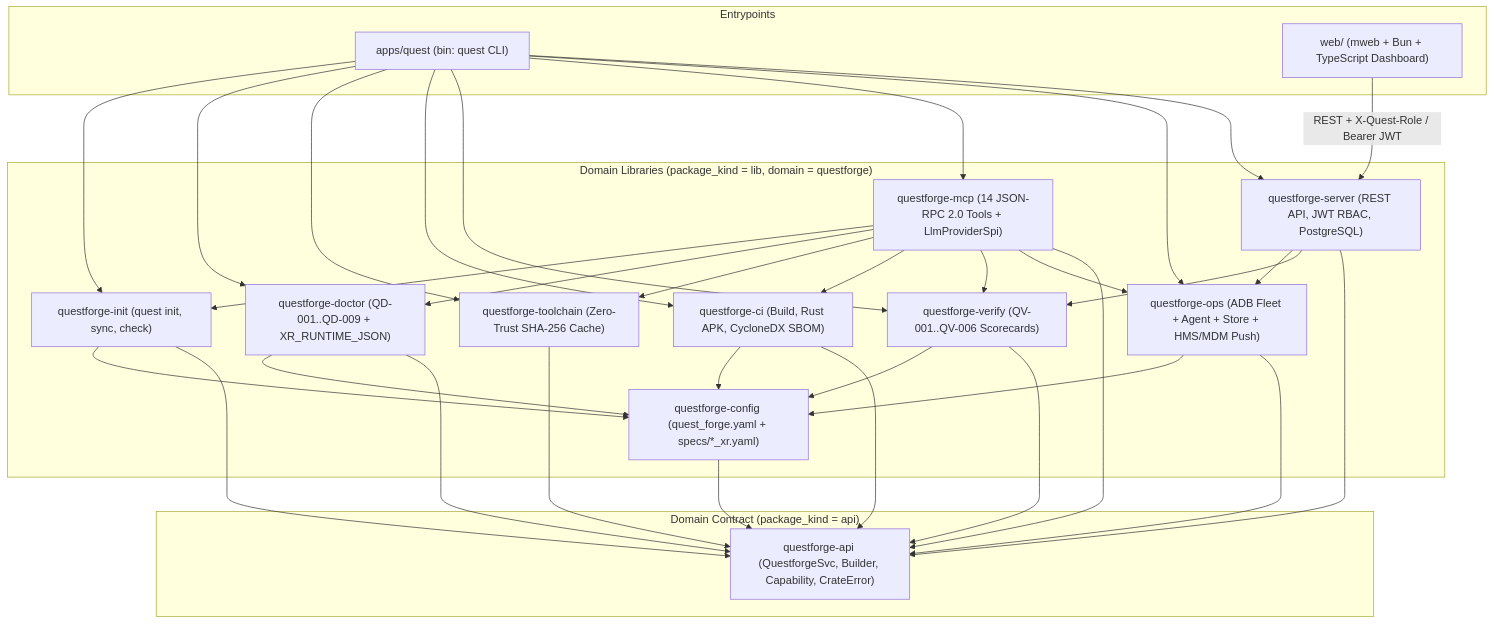
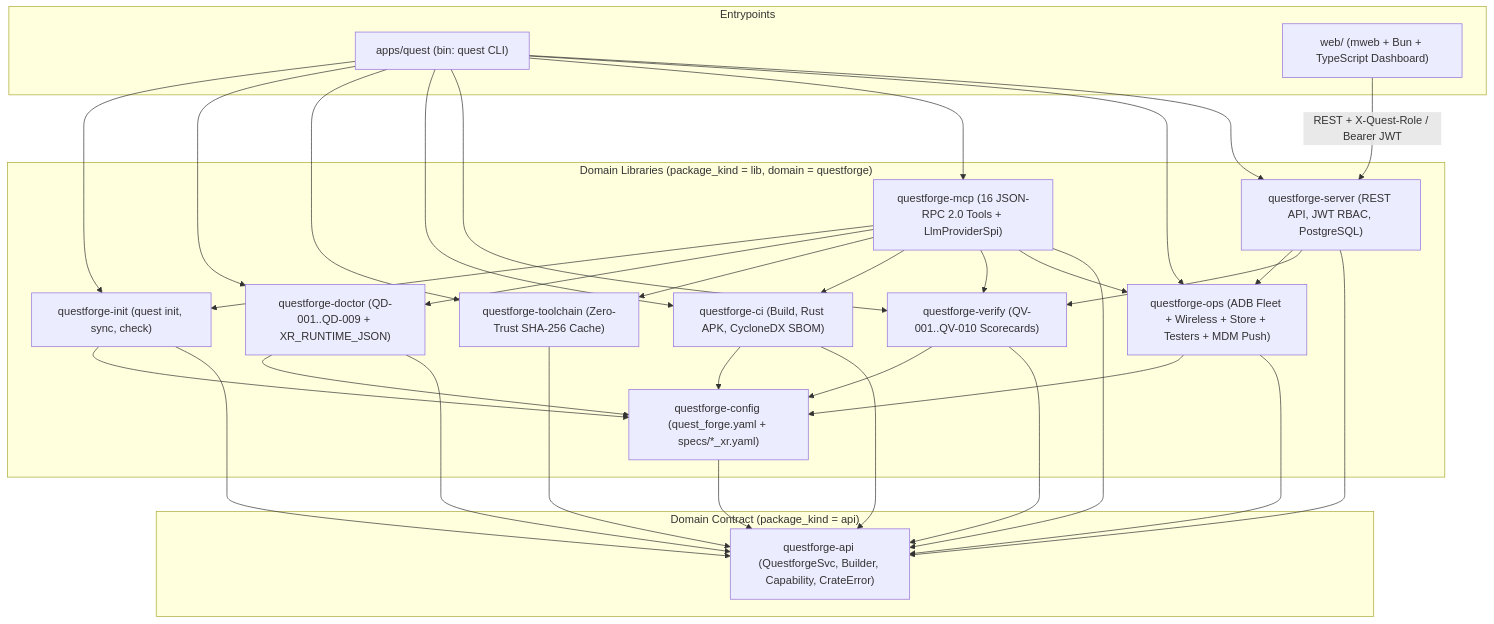
Before and after one commit to sweengineeringlabs/questforge: the first of 7 diagrams in docs/3-design/architecture.md, drawn with Mermaid. The commit also changed other lines of this file and 15 other files, not shown here.

Commit message:
docs: synchronize 16 MCP tools, QV-001..QV-010, QO-001..QO-013, and release lifecycle runbooks

````diff
--- a/docs/3-design/architecture.md
+++ b/docs/3-design/architecture.md
@@ -41,30 +41,30 @@
 ```mermaid
 flowchart TD
     subgraph Entrypoints["Entrypoints"]
         CLI["apps/quest (bin: quest CLI)"]
         Web["web/ (mweb + Bun + TypeScript Dashboard)"]
     end
 
     subgraph Libs["Domain Libraries (package_kind = lib, domain = questforge)"]
         Config["questforge-config (quest_forge.yaml + specs/*_xr.yaml)"]
         Toolchain["questforge-toolchain (Zero-Trust SHA-256 Cache)"]
         Doctor["questforge-doctor (QD-001..QD-009 + XR_RUNTIME_JSON)"]
         Init["questforge-init (quest init, sync, check)"]
         CI["questforge-ci (Build, Rust APK, CycloneDX SBOM)"]
-        Verify["questforge-verify (QV-001..QV-006 Scorecards)"]
-        MCP["questforge-mcp (14 JSON-RPC 2.0 Tools + LlmProviderSpi)"]
-        Ops["questforge-ops (ADB Fleet + Agent + Store + HMS/MDM Push)"]
+        Verify["questforge-verify (QV-001..QV-010 Scorecards)"]
+        MCP["questforge-mcp (16 JSON-RPC 2.0 Tools + LlmProviderSpi)"]
+        Ops["questforge-ops (ADB Fleet + Wireless + Store + Testers + MDM Push)"]
         Server["questforge-server (REST API, JWT RBAC, PostgreSQL)"]
     end
 
     subgraph API["Domain Contract (package_kind = api)"]
         ApiCrate["questforge-api (QuestforgeSvc, Builder, Capability, CrateError)"]
     end
 
     CLI --> Init & Doctor & Toolchain & CI & Verify & MCP & Ops & Server
     Web -->|"REST + X-Quest-Role / Bearer JWT"| Server
     MCP --> Init & Doctor & Toolchain & CI & Verify & Ops
     Server --> Ops & Verify
     Init & Doctor & CI & Verify & Ops --> Config
     Config & Toolchain & Doctor & Init & CI & Verify & MCP & Ops & Server --> ApiCrate
 ```
````
